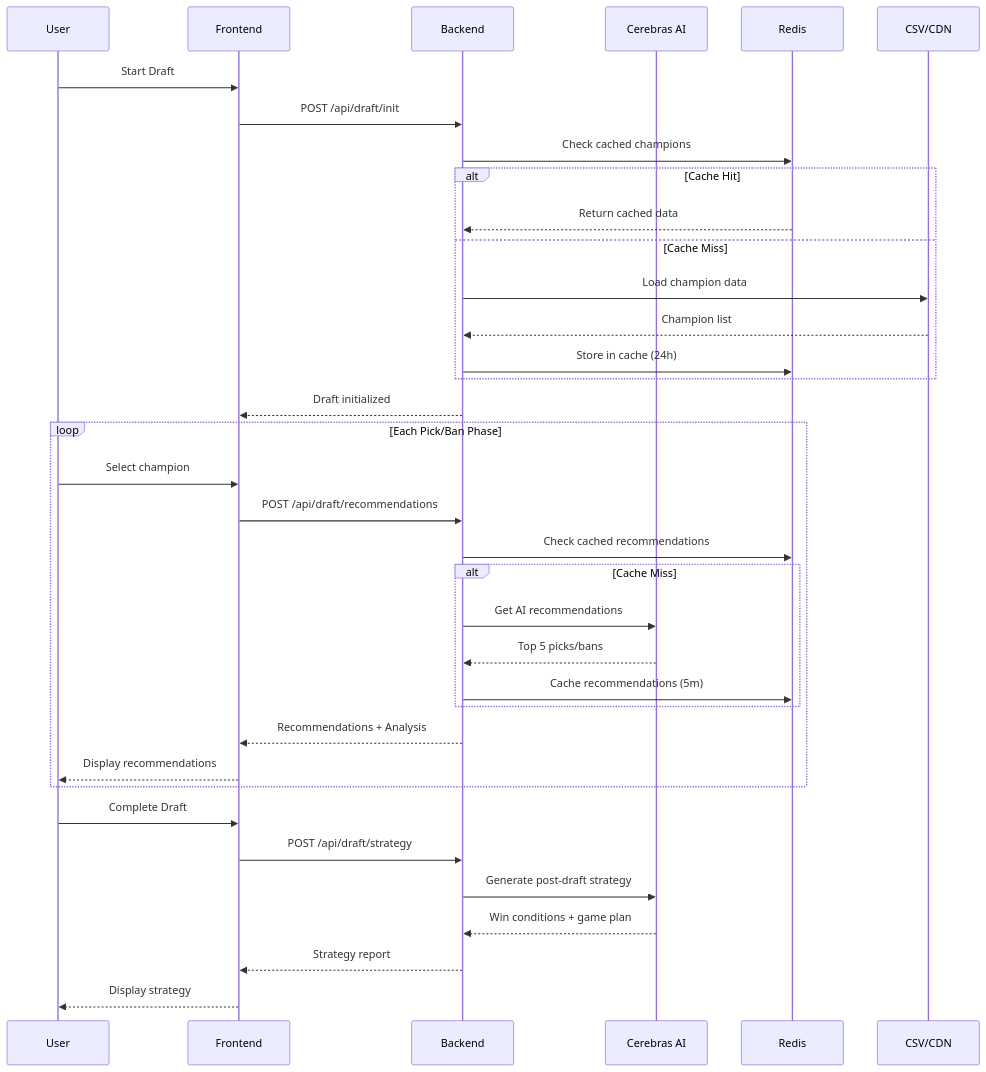
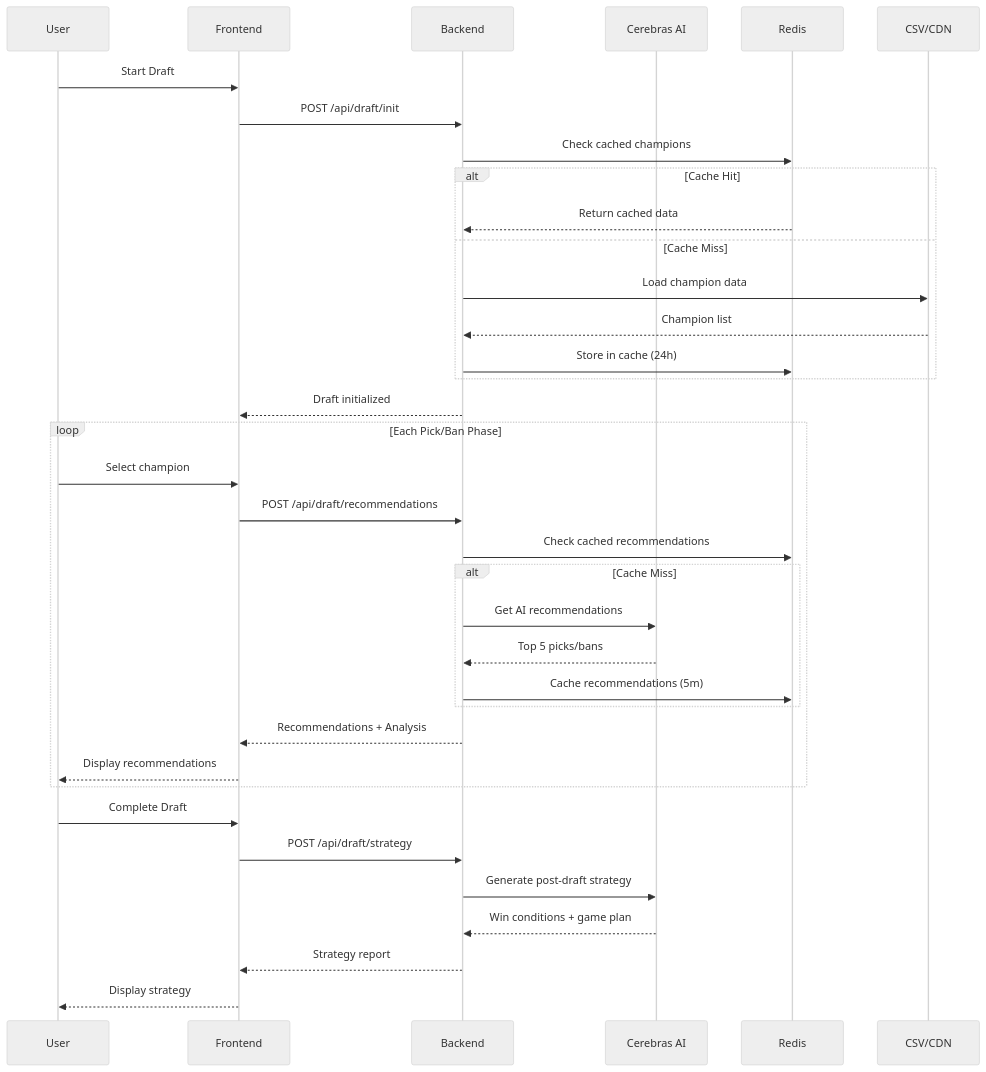
One commit to MoriatzLabs/TeamBuilder changed the second of 4 diagrams in README.md. Above: the diagram before and after it, drawn with Mermaid. The commit also changed other lines of this file, not shown here.

````diff
--- a/README.md
+++ b/README.md
@@ -88,41 +83,42 @@
 ```mermaid
+%%{init: {'theme':'neutral'}}%%
 sequenceDiagram
     participant User
     participant Frontend
     participant Backend
     participant AI as Cerebras AI
     participant Cache as Redis
     participant Data as CSV/CDN
     
     User->>Frontend: Start Draft
     Frontend->>Backend: POST /api/draft/init
     Backend->>Cache: Check cached champions
     alt Cache Hit
         Cache-->>Backend: Return cached data
     else Cache Miss
         Backend->>Data: Load champion data
         Data-->>Backend: Champion list
         Backend->>Cache: Store in cache (24h)
     end
     Backend-->>Frontend: Draft initialized
     
     loop Each Pick/Ban Phase
         User->>Frontend: Select champion
         Frontend->>Backend: POST /api/draft/recommendations
         Backend->>Cache: Check cached recommendations
         alt Cache Miss
             Backend->>AI: Get AI recommendations
             AI-->>Backend: Top 5 picks/bans
             Backend->>Cache: Cache recommendations (5m)
         end
         Backend-->>Frontend: Recommendations + Analysis
         Frontend-->>User: Display recommendations
     end
     
     User->>Frontend: Complete Draft
     Frontend->>Backend: POST /api/draft/strategy
     Backend->>AI: Generate post-draft strategy
     AI-->>Backend: Win conditions + game plan
     Backend-->>Frontend: Strategy report
     Frontend-->>User: Display strategy
 ```
````
